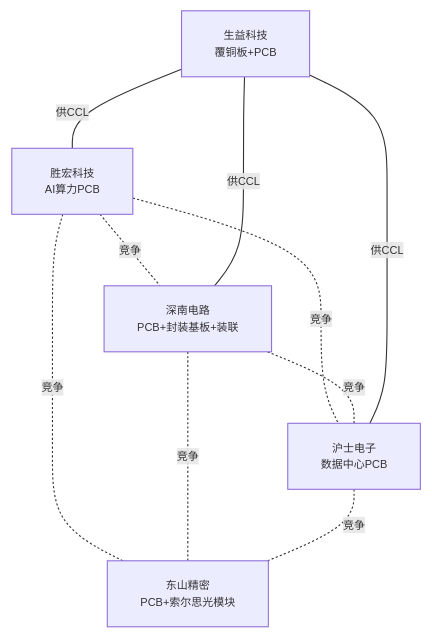
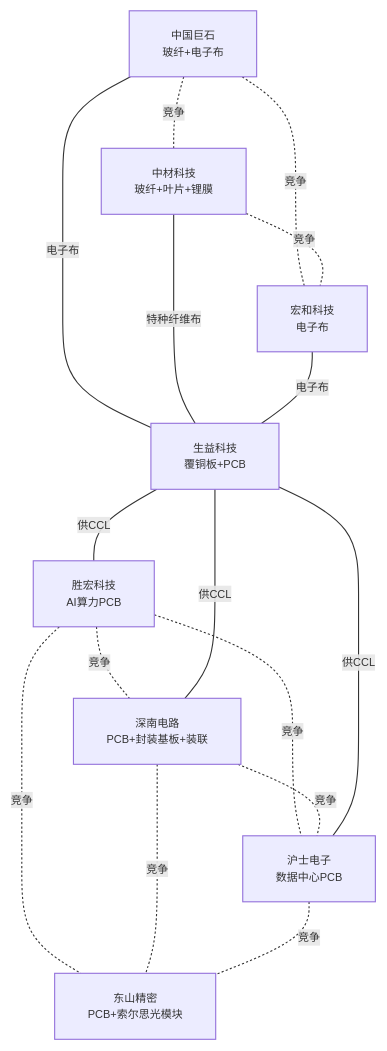
Before and after one commit to zhangbo1882/open-industry: the fourth of 8 diagrams in industry/wiki/syntheses/公司关联图谱.md, drawn with Mermaid. The commit also changed other lines of this file and 190 other files, not shown here.

````diff
--- a/industry/wiki/syntheses/公司关联图谱.md
+++ b/industry/wiki/syntheses/公司关联图谱.md
@@ -247,21 +318,31 @@
 ```mermaid
 %%{init: {'themeVariables': {'fontSize': '10px'}}}%%
 graph TB
     胜宏科技[胜宏科技<br/>AI算力PCB]
     深南电路[深南电路<br/>PCB+封装基板+装联]
     沪士电子[沪士电子<br/>数据中心PCB]
     东山精密[东山精密<br/>PCB+索尔思光模块]
     生益科技[生益科技<br/>覆铜板+PCB]
+    中国巨石[中国巨石<br/>玻纤+电子布]
+    中材科技[中材科技<br/>玻纤+叶片+锂膜]
+    宏和科技[宏和科技<br/>电子布]
 
     胜宏科技 -.-|竞争| 深南电路
     胜宏科技 -.-|竞争| 沪士电子
     深南电路 -.-|竞争| 沪士电子
     胜宏科技 -.-|竞争| 东山精密
     深南电路 -.-|竞争| 东山精密
     沪士电子 -.-|竞争| 东山精密
     生益科技 ---|供CCL| 胜宏科技
     生益科技 ---|供CCL| 深南电路
     生益科技 ---|供CCL| 沪士电子
+    中国巨石 ---|电子布| 生益科技
+    中材科技 ---|特种纤维布| 生益科技
+    宏和科技 ---|电子布| 生益科技
+    中国巨石 -.-|竞争| 中材科技
+    中国巨石 -.-|竞争| 宏和科技
+    中材科技 -.-|竞争| 宏和科技
 
     classDef competition fill:#ffd43b,color:#333,stroke:#fab005
+    classDef business fill:#4dabf7,color:#fff,stroke:#1971c2
 ```
````
